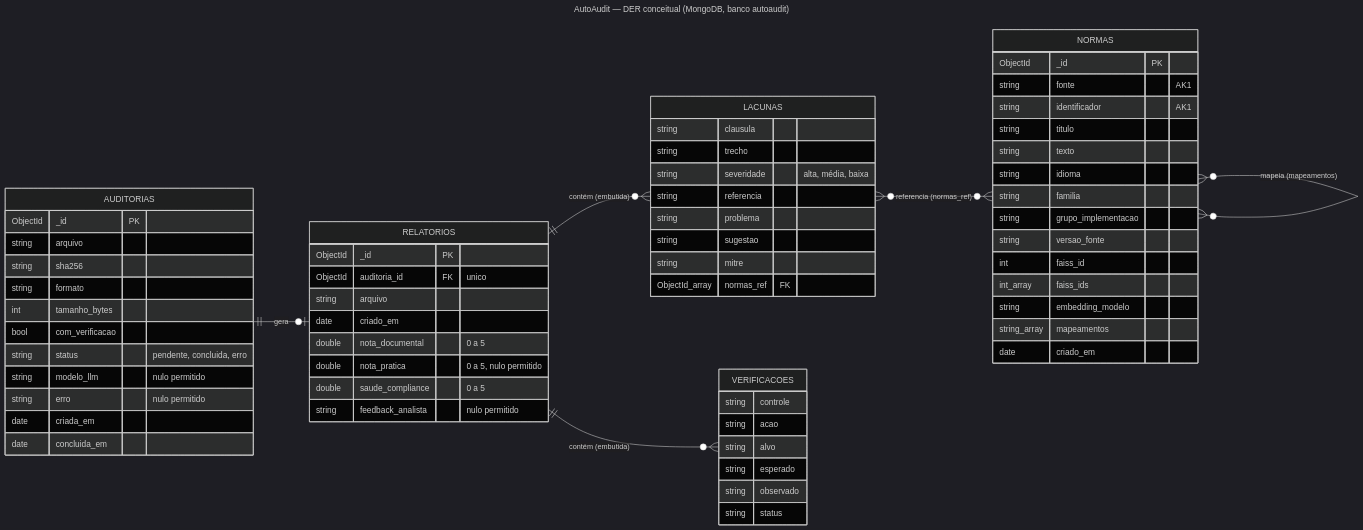
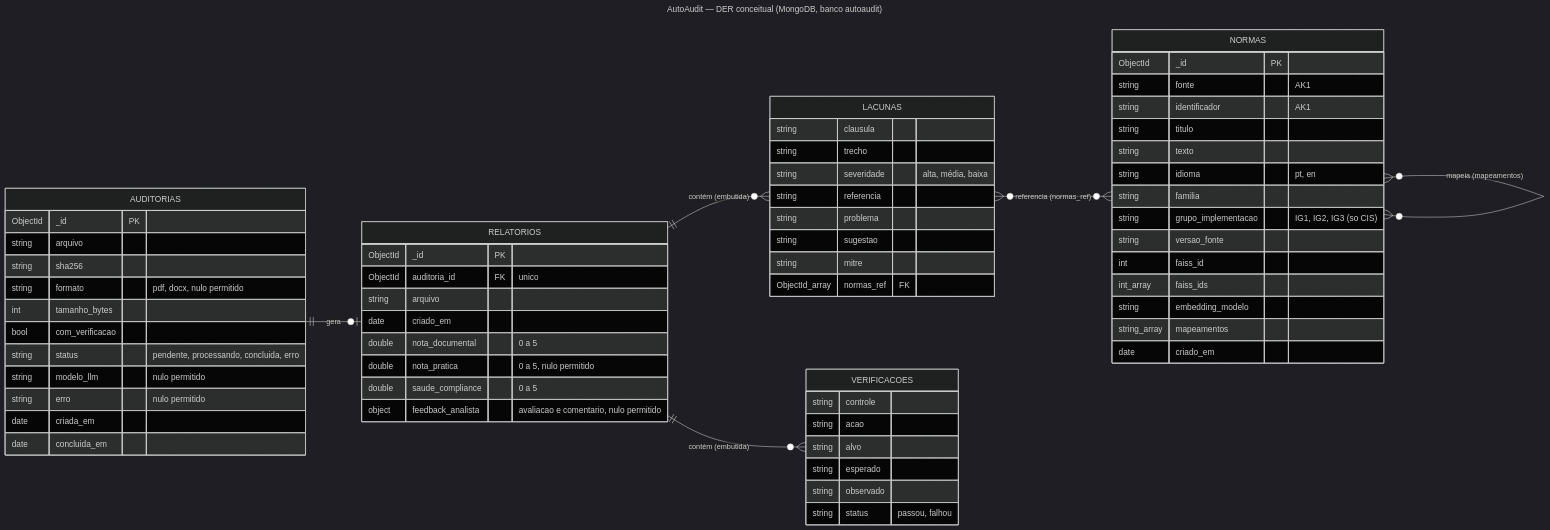
The diagram in docs/der/der_autoaudit.mmd (A-Capelini/AutoAudit), drawn with Mermaid (dark theme) before and after one commit. The commit also changed 3 other files, not shown here.

Commit message:
docs(db): corrige domínio de status e tipo de feedback_analista no DER e na modelagem

```diff
--- a/docs/der/der_autoaudit.mmd
+++ b/docs/der/der_autoaudit.mmd
@@ -1,72 +1,72 @@
 ---
 title: AutoAudit — DER conceitual (MongoDB, banco autoaudit)
 ---
 erDiagram
     direction LR
     AUDITORIAS ||--o| RELATORIOS : "gera"
     RELATORIOS ||--o{ LACUNAS : "contém (embutida)"
     RELATORIOS ||--o{ VERIFICACOES : "contém (embutida)"
     LACUNAS }o--o{ NORMAS : "referencia (normas_ref)"
     NORMAS }o--o{ NORMAS : "mapeia (mapeamentos)"
 
     AUDITORIAS {
         ObjectId _id PK
         string arquivo
         string sha256
-        string formato
+        string formato "pdf, docx, nulo permitido"
         int tamanho_bytes
         bool com_verificacao
-        string status "pendente, concluida, erro"
+        string status "pendente, processando, concluida, erro"
         string modelo_llm "nulo permitido"
         string erro "nulo permitido"
         date criada_em
         date concluida_em
     }
 
     RELATORIOS {
         ObjectId _id PK
         ObjectId auditoria_id FK "unico"
         string arquivo
         date criado_em
         double nota_documental "0 a 5"
         double nota_pratica "0 a 5, nulo permitido"
         double saude_compliance "0 a 5"
-        string feedback_analista "nulo permitido"
+        object feedback_analista "avaliacao e comentario, nulo permitido"
     }
 
     LACUNAS {
         string clausula
         string trecho
         string severidade "alta, média, baixa"
         string referencia
         string problema
         string sugestao
         string mitre
         ObjectId_array normas_ref FK
     }
 
     VERIFICACOES {
         string controle
         string acao
         string alvo
         string esperado
         string observado
-        string status
+        string status "passou, falhou"
     }
 
     NORMAS {
         ObjectId _id PK
         string fonte "AK1"
         string identificador "AK1"
         string titulo
         string texto
-        string idioma
+        string idioma "pt, en"
         string familia
-        string grupo_implementacao
+        string grupo_implementacao "IG1, IG2, IG3 (so CIS)"
         string versao_fonte
         int faiss_id
         int_array faiss_ids
         string embedding_modelo
         string_array mapeamentos
         date criado_em
     }
```
